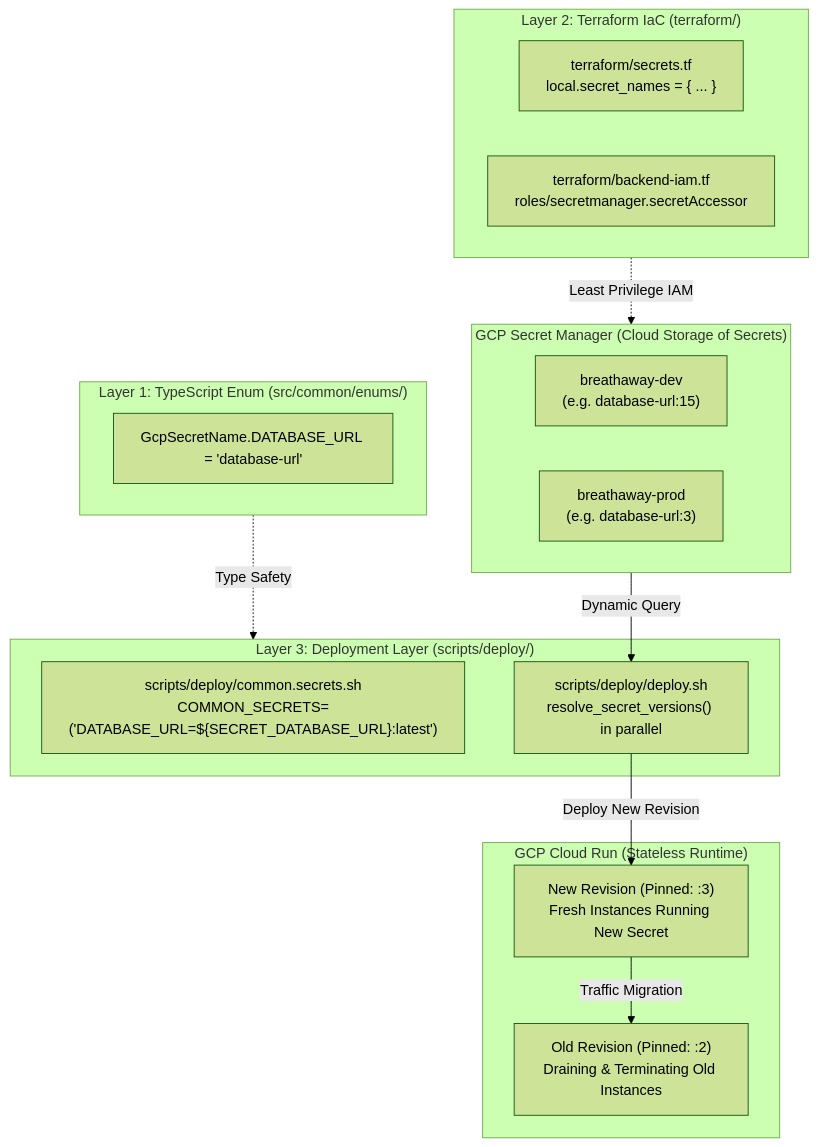
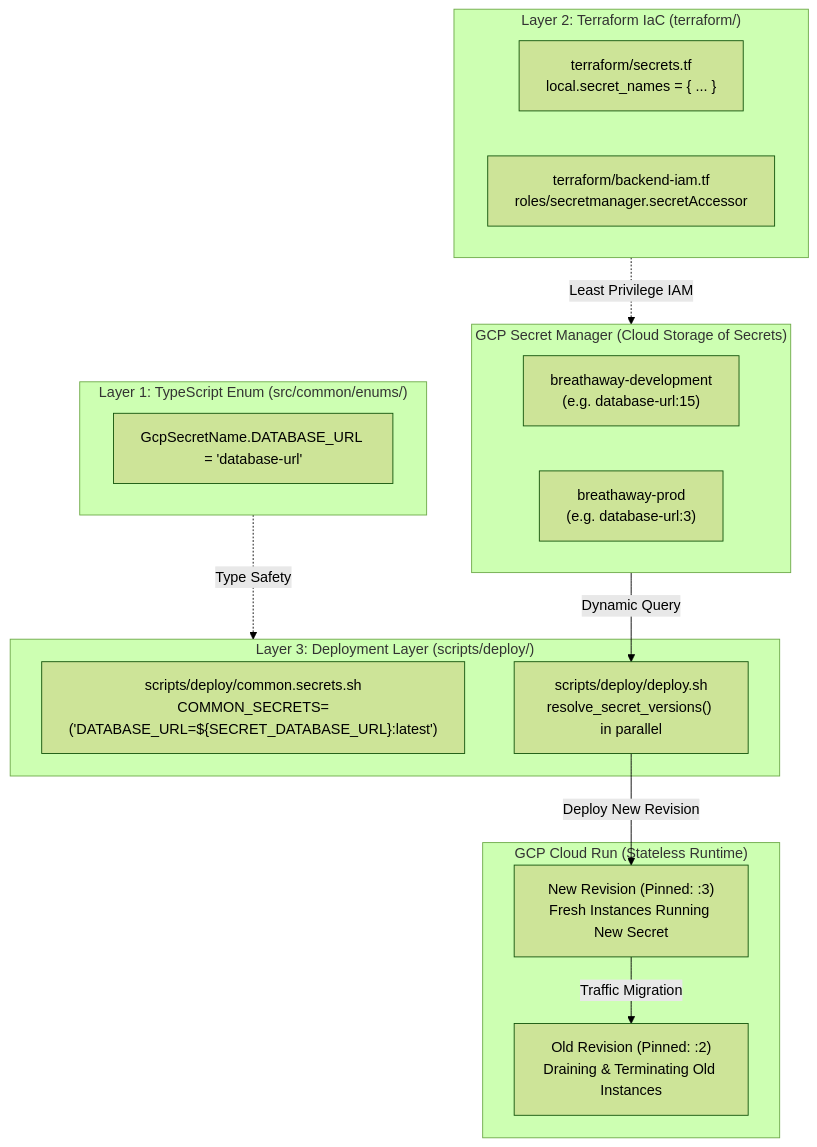
One commit to SaveSoulApp/Breathaway-Backend changed the diagram in docs/docs/secret-rotation.md. Above: the diagram before and after it, drawn with Mermaid (forest theme). The commit also changed other lines of this file and 74 other files, not shown here.

````diff
--- a/docs/docs/secret-rotation.md
+++ b/docs/docs/secret-rotation.md
@@ -56,32 +56,32 @@
 ```mermaid
 flowchart TD
     subgraph SecretManager ["GCP Secret Manager (Cloud Storage of Secrets)"]
-        SM_DEV["breathaway-dev<br/>(e.g. database-url:15)"]
+        SM_DEV["breathaway-development<br/>(e.g. database-url:15)"]
         SM_PROD["breathaway-prod<br/>(e.g. database-url:3)"]
     end
 
     subgraph Layer1 ["Layer 1: TypeScript Enum (src/common/enums/)"]
         ENUM["GcpSecretName.DATABASE_URL = 'database-url'"]
     end
 
     subgraph Layer2 ["Layer 2: Terraform IaC (terraform/)"]
         TF_NAMES["terraform/secrets.tf<br/>local.secret_names = { ... }"]
         TF_IAM["terraform/backend-iam.tf<br/>roles/secretmanager.secretAccessor"]
     end
 
     subgraph Layer3 ["Layer 3: Deployment Layer (scripts/deploy/)"]
         SH_CONF["scripts/deploy/common.secrets.sh<br/>COMMON_SECRETS=('DATABASE_URL=${SECRET_DATABASE_URL}:latest')"]
         SH_DEPLOY["scripts/deploy/deploy.sh<br/>resolve_secret_versions() in parallel"]
     end
 
     subgraph CloudRun ["GCP Cloud Run (Stateless Runtime)"]
         REV_OLD["Old Revision (Pinned: :2)<br/>Draining & Terminating Old Instances"]
         REV_NEW["New Revision (Pinned: :3)<br/>Fresh Instances Running New Secret"]
     end
 
     Layer1 -.->|"Type Safety"| Layer3
     Layer2 -.->|"Least Privilege IAM"| SecretManager
     SecretManager -->|"Dynamic Query"| SH_DEPLOY
     SH_DEPLOY -->|"Deploy New Revision"| REV_NEW
     REV_NEW -->|"Traffic Migration"| REV_OLD
 ```
````
